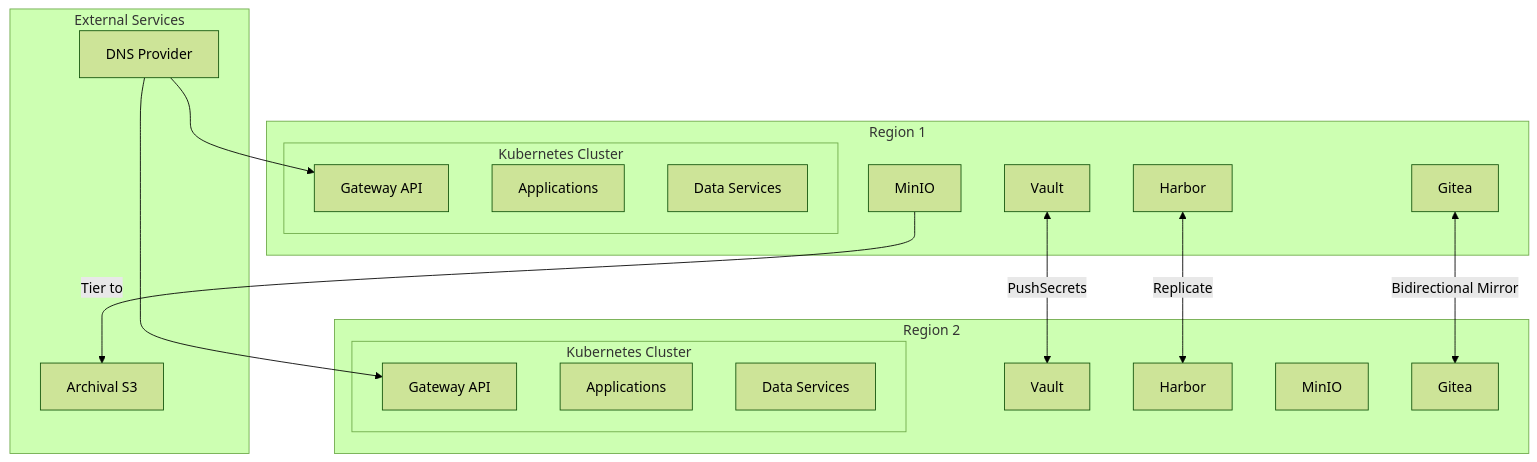
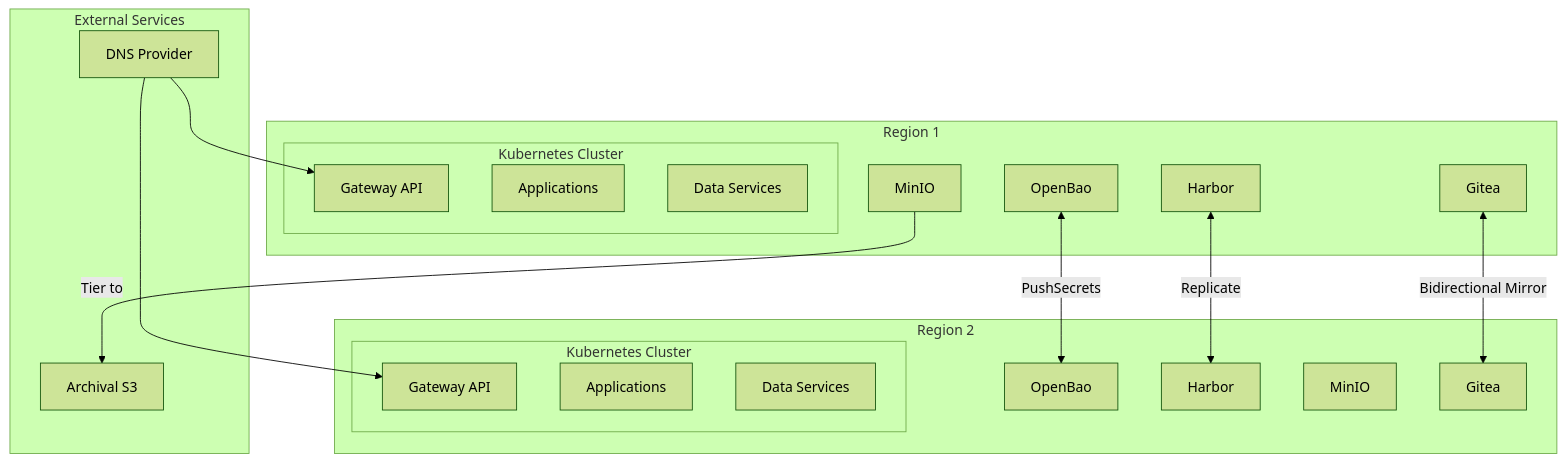
The first of 5 diagrams in docs/PLATFORM-TECH-STACK.md (openova-io/openova), drawn with Mermaid (forest theme) before and after one commit. The commit also changed other lines of this file and 35 other files, not shown here.

````diff
--- a/docs/PLATFORM-TECH-STACK.md
+++ b/docs/PLATFORM-TECH-STACK.md
@@ -17,38 +17,38 @@
 ```mermaid
 flowchart TB
     subgraph External["External Services"]
         DNS[DNS Provider]
         Archival[Archival S3]
     end
 
     subgraph Region1["Region 1"]
         subgraph K8s1["Kubernetes Cluster"]
             GW1[Gateway API]
             Apps1[Applications]
             Data1[Data Services]
         end
-        Vault1[Vault]
+        Bao1[OpenBao]
         Harbor1[Harbor]
         MinIO1[MinIO]
         Gitea1[Gitea]
     end
 
     subgraph Region2["Region 2"]
         subgraph K8s2["Kubernetes Cluster"]
             GW2[Gateway API]
             Apps2[Applications]
             Data2[Data Services]
         end
-        Vault2[Vault]
+        Bao2[OpenBao]
         Harbor2[Harbor]
         MinIO2[MinIO]
         Gitea2[Gitea]
     end
 
     DNS --> GW1
     DNS --> GW2
     Harbor1 <-->|"Replicate"| Harbor2
     MinIO1 -->|"Tier to"| Archival
-    Vault1 <-->|"PushSecrets"| Vault2
+    Bao1 <-->|"PushSecrets"| Bao2
     Gitea1 <-->|"Bidirectional Mirror"| Gitea2
 ```
````
